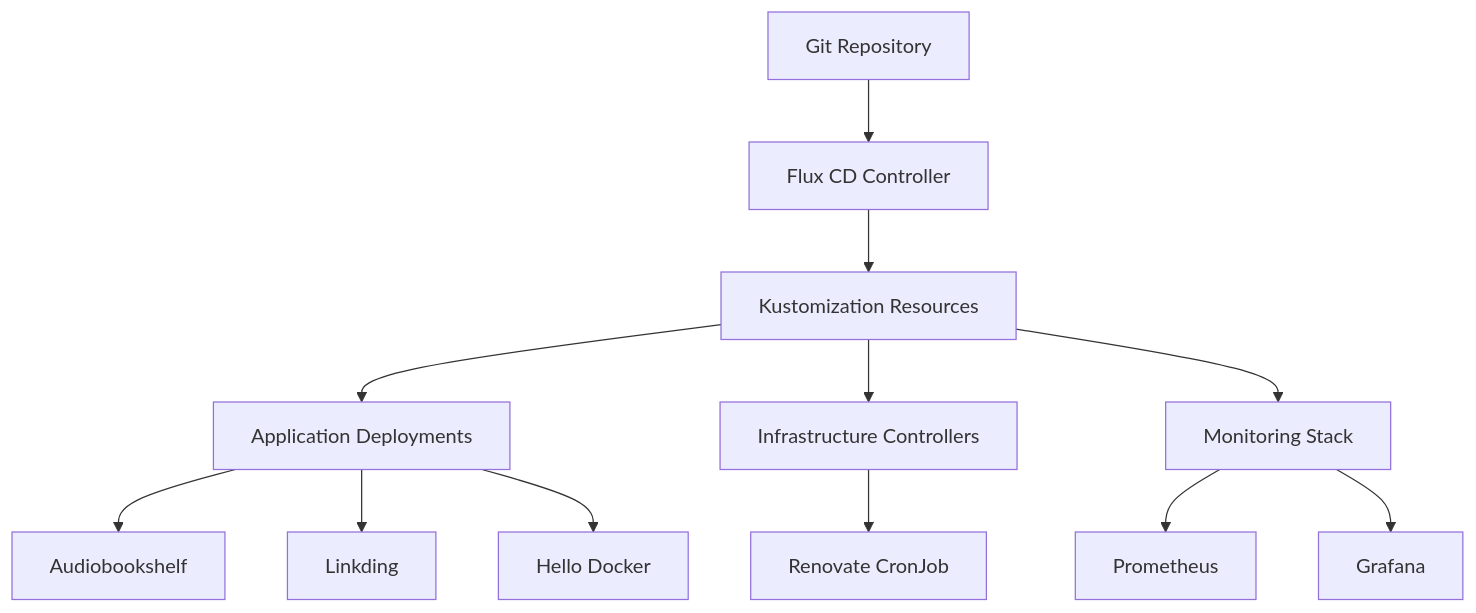
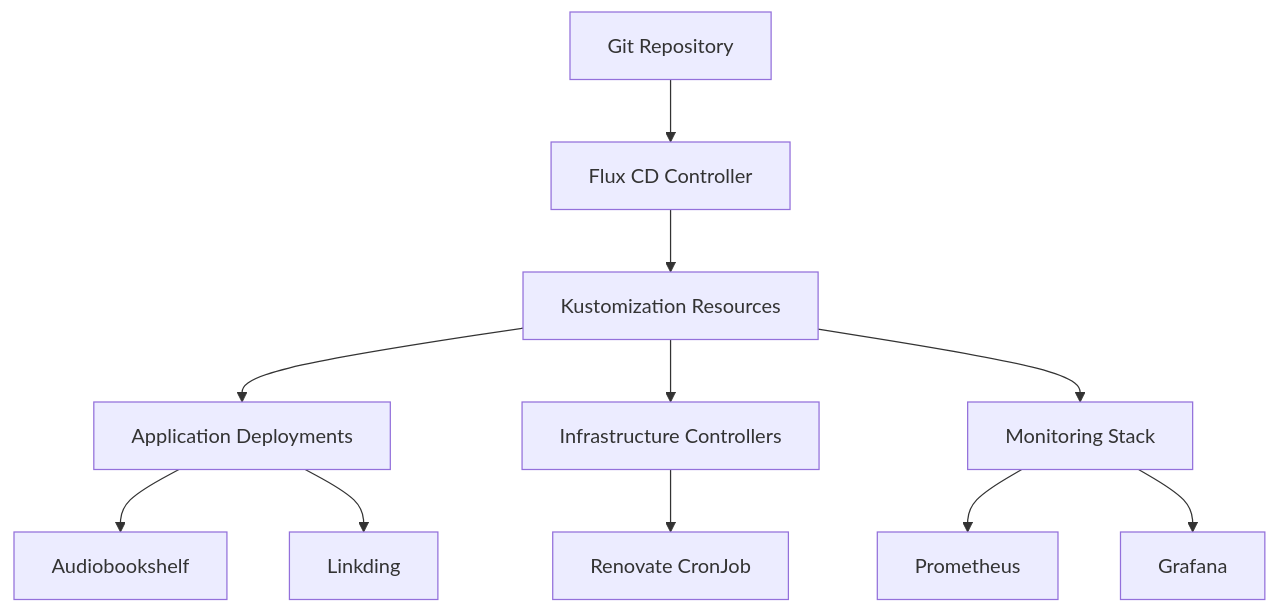
Before and after one commit to vitaly-guzun/raspberry-pi-cluster: the first of 2 diagrams in README.md, drawn with Mermaid. The commit also changed other lines of this file and 6 other files, not shown here.

Commit message:
Remove hello-docker test app

````diff
--- a/README.md
+++ b/README.md
@@ -76,17 +73,16 @@
 ```mermaid
 graph TD
     A[Git Repository] --> B[Flux CD Controller]
     B --> C[Kustomization Resources]
     C --> D[Application Deployments]
     C --> E[Infrastructure Controllers]
     C --> F[Monitoring Stack]
 
     D --> G[Audiobookshelf]
     D --> H[Linkding]
-    D --> I[Hello Docker]
 
     E --> J[Renovate CronJob]
 
     F --> K[Prometheus]
     F --> L[Grafana]
 ```
````
